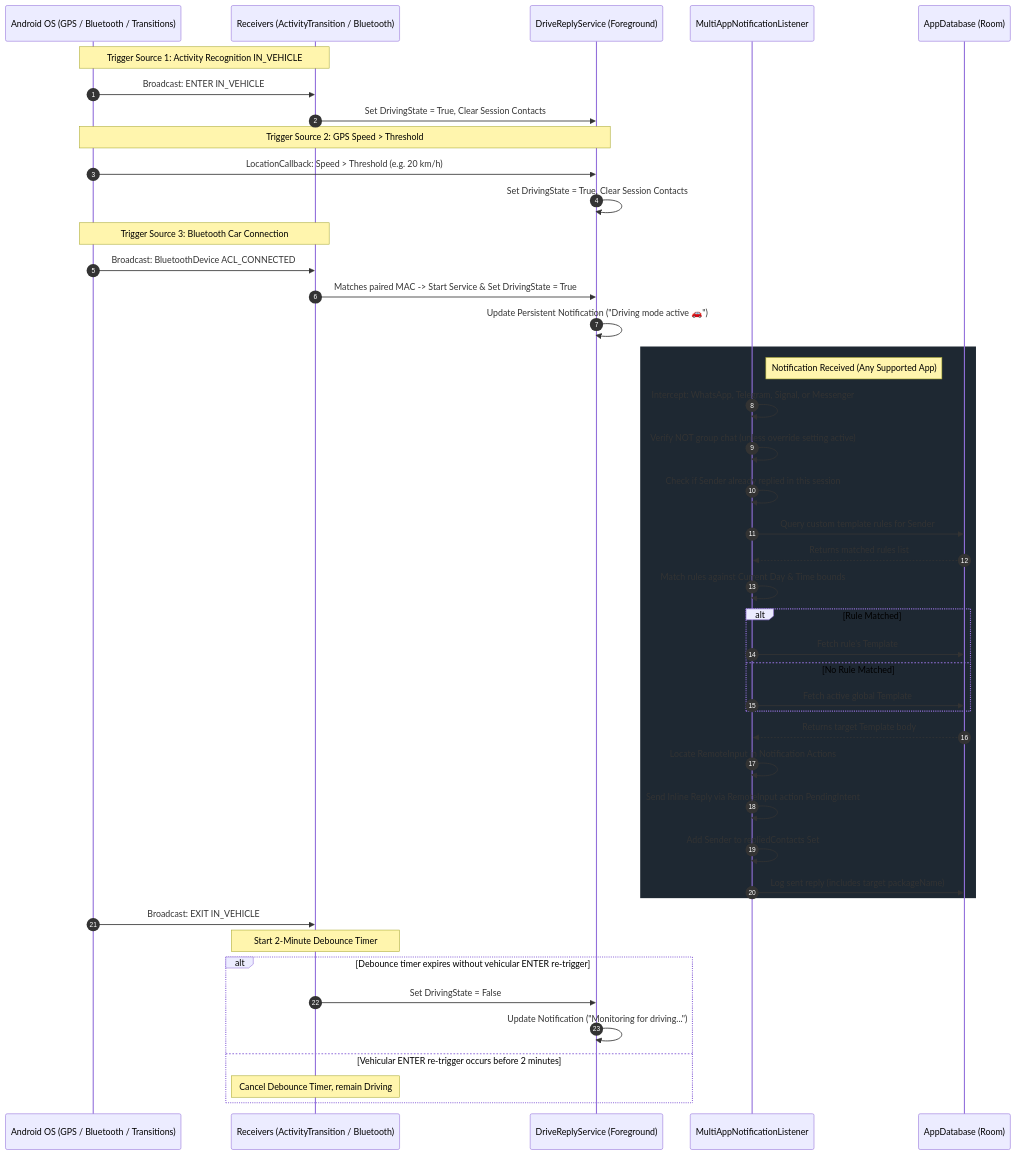
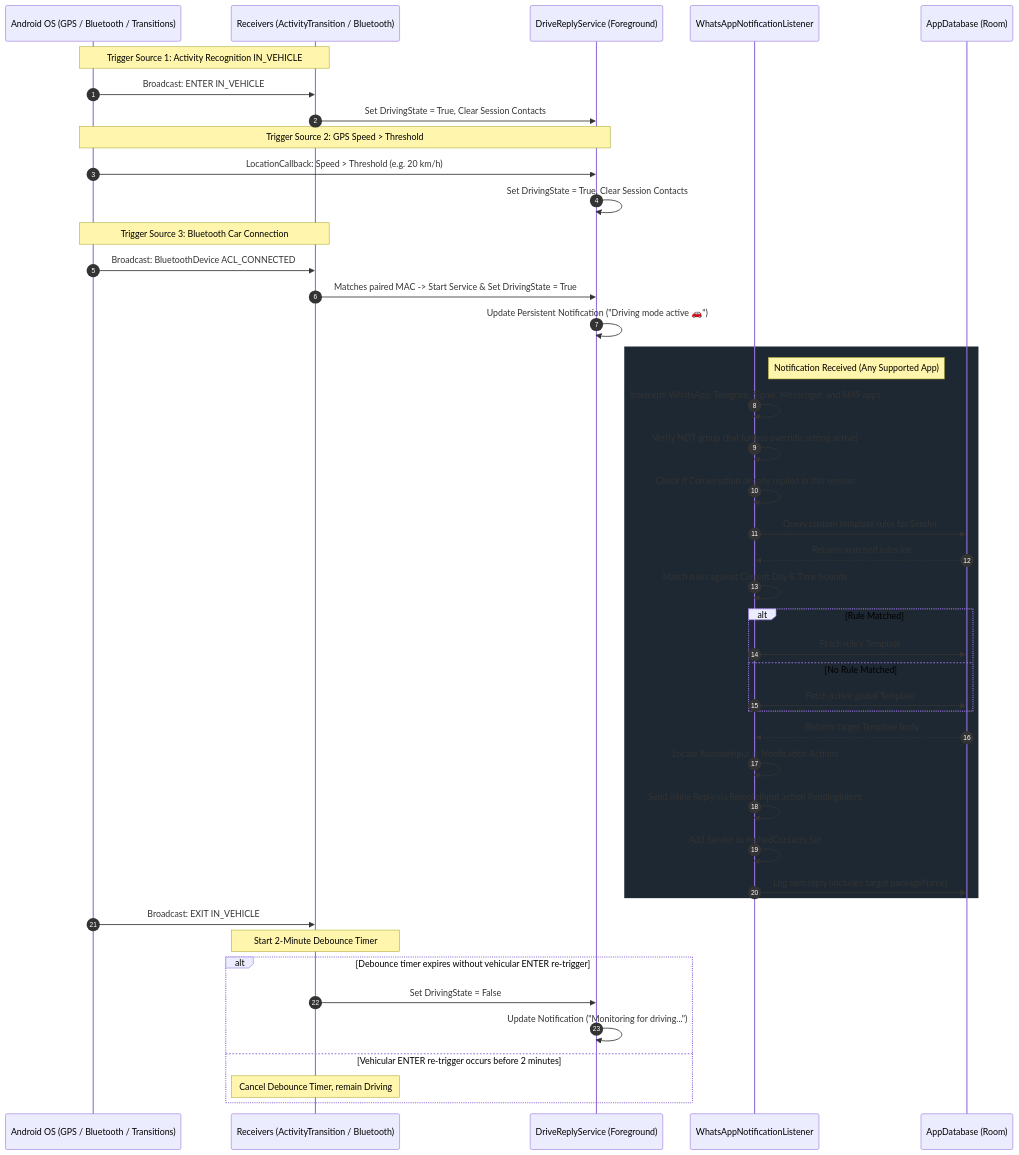
Before and after one commit to richiesamlie/DriveReply: the diagram in docs/ARCHITECTURE.md, drawn with Mermaid. The commit also changed other lines of this file and 1 other file, not shown here.

Commit message:
Refresh README and architecture docs to match current behavior

````diff
--- a/docs/ARCHITECTURE.md
+++ b/docs/ARCHITECTURE.md
@@ -11,52 +11,52 @@
 ```mermaid
 sequenceDiagram
     autonumber
     participant Sensors as Android OS (GPS / Bluetooth / Transitions)
     participant Recv as Receivers (ActivityTransition / Bluetooth)
     participant Service as DriveReplyService (Foreground)
-    participant listener as MultiAppNotificationListener
+    participant listener as WhatsAppNotificationListener
     participant DB as AppDatabase (Room)
 
     Note over Sensors, Recv: Trigger Source 1: Activity Recognition IN_VEHICLE
     Sensors->>Recv: Broadcast: ENTER IN_VEHICLE
     Recv->>Service: Set DrivingState = True, Clear Session Contacts
 
     Note over Sensors, Service: Trigger Source 2: GPS Speed > Threshold
     Sensors->>Service: LocationCallback: Speed > Threshold (e.g. 20 km/h)
     Service->>Service: Set DrivingState = True, Clear Session Contacts
 
     Note over Sensors, Recv: Trigger Source 3: Bluetooth Car Connection
     Sensors->>Recv: Broadcast: BluetoothDevice ACL_CONNECTED
     Recv->>Service: Matches paired MAC -> Start Service & Set DrivingState = True
 
     Service->>Service: Update Persistent Notification ("Driving mode active 🚗")
     
     rect rgb(30, 40, 50)
         Note right of listener: Notification Received (Any Supported App)
-        listener->>listener: Intercept: WhatsApp, Telegram, Signal, or Messenger
+        listener->>listener: Intercept: WhatsApp, Telegram, Signal, Messenger, and SMS apps
         listener->>listener: Verify NOT group chat (unless override setting active)
-        listener->>listener: Check if Sender already replied in this session
+        listener->>listener: Check if Conversation already replied in this session
         listener->>DB: Query custom template rules for Sender
         DB-->>listener: Returns matched rules list
         listener->>listener: Match rules against Current Day & Time bounds
         alt Rule Matched
             listener->>DB: Fetch rule's Template
         else No Rule Matched
             listener->>DB: Fetch active global Template
         end
         DB-->>listener: Returns target Template body
         listener->>listener: Locate RemoteInput in Notification Actions
         listener->>listener: Send Inline Reply via RemoteInput action PendingIntent
         listener->>listener: Add Sender to repliedContacts Set
         listener->>DB: Log sent reply (includes target packageName)
     end
 
     Sensors->>Recv: Broadcast: EXIT IN_VEHICLE
     Note over Recv: Start 2-Minute Debounce Timer
     alt Debounce timer expires without vehicular ENTER re-trigger
         Recv->>Service: Set DrivingState = False
         Service->>Service: Update Notification ("Monitoring for driving...")
     else Vehicular ENTER re-trigger occurs before 2 minutes
         Note over Recv: Cancel Debounce Timer, remain Driving
     end
 ```
````
